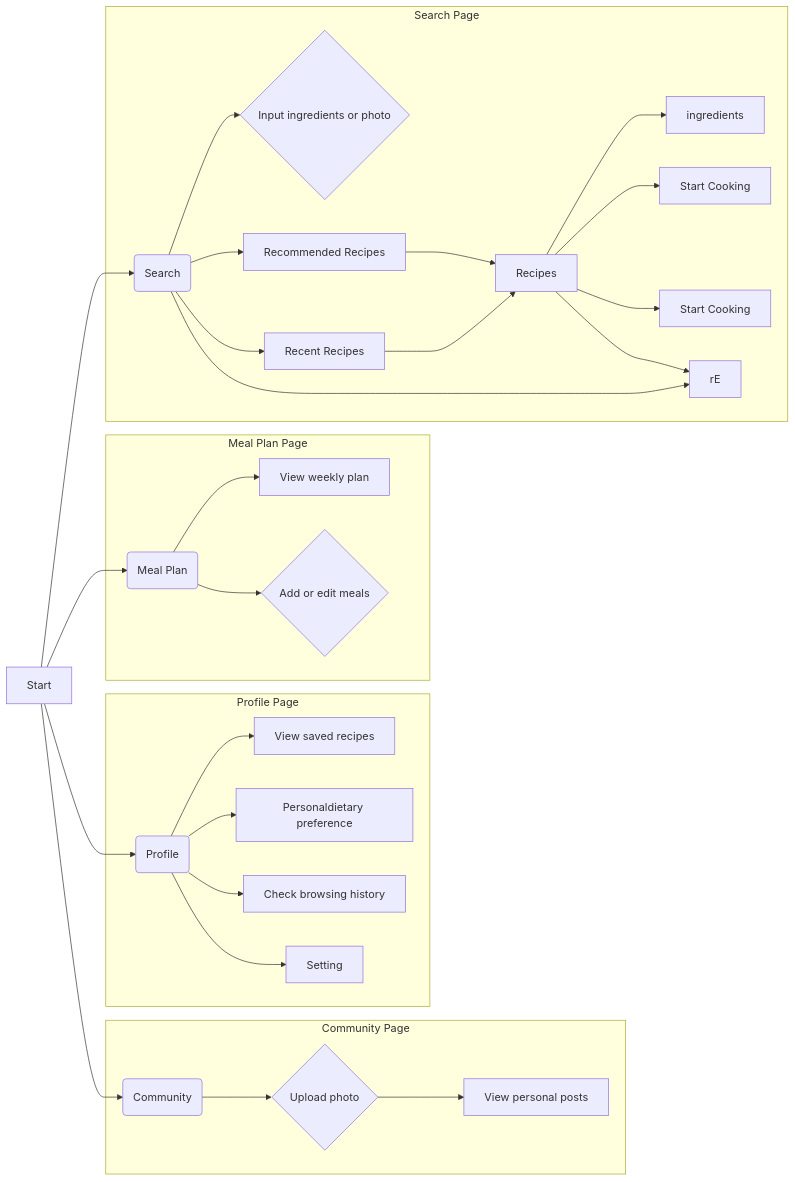
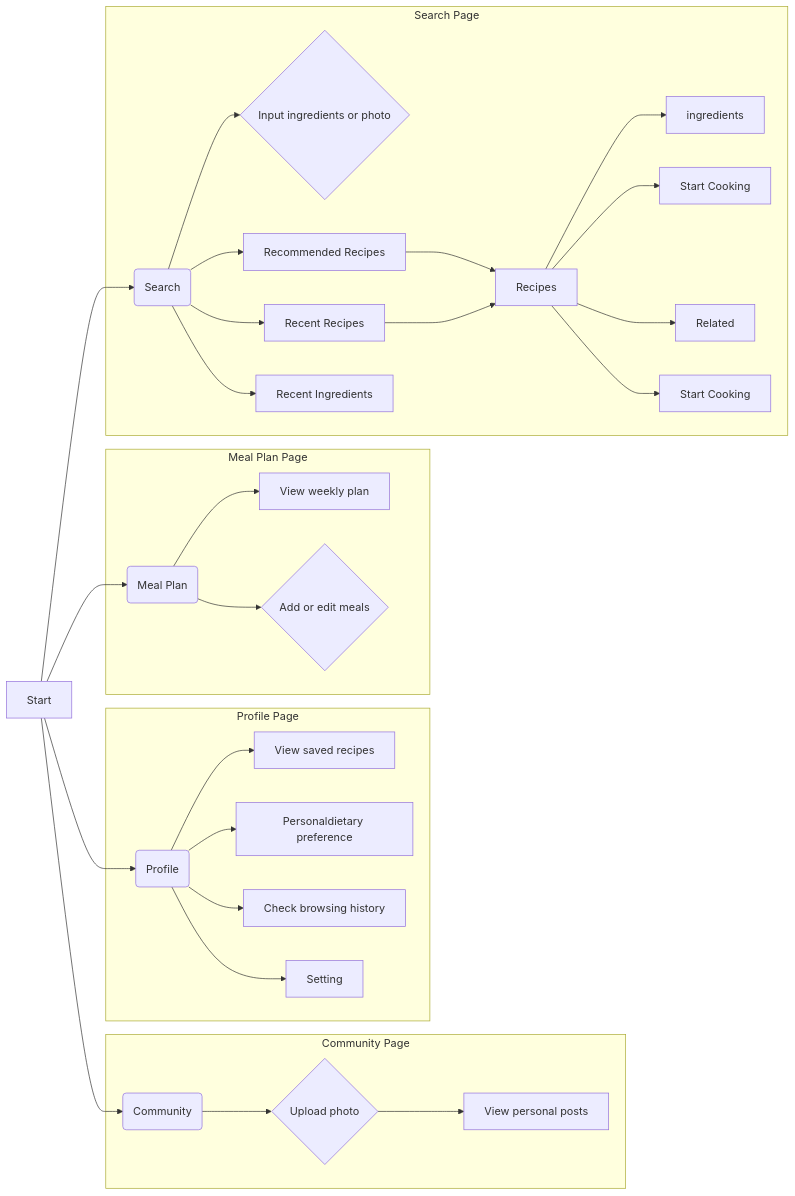
Before and after one commit to seven8301/iodraw-files: the diagram in all/未命名-2.md, drawn with Mermaid.

Commit message:
2025-04-09 20:46:30 update

````diff
--- a/all/未命名-2.md
+++ b/all/未命名-2.md
@@ -1,37 +1,37 @@
 ```mermaid
 graph LR
     A[Start] --> B(Search);
     A --> C(Community);
     A --> D(Meal Plan);
     A --> E(Profile);
 
     
     subgraph "Profile Page"
         E --> L[View saved recipes];
         E --> Q[Personaldietary preference];
         E --> M[Check browsing history];
         E --> P[Setting];
 
         
     end
       subgraph "Meal Plan Page"
         D --> J[View weekly plan];
         D --> K{Add or edit meals};
     end
      subgraph "Community Page"
         C --> H{Upload photo};
         H --> I[View personal posts];
     end
     subgraph "Search Page"
         B --> F{Input ingredients or photo};
         B --> G[Recommended Recipes];
         G --> R[Recipes];
         O --> R[Recipes];
         R --> S[ingredients];
         R --> T[Start Cooking];
-        R --> U[Start Cooking];
+        R --> U[Related];
         R --> V[Start Cooking];
-        B --> V[rE];
+        B --> N[Recent Ingredients];
         B --> O[Recent Recipes];
     end
 ```
````
